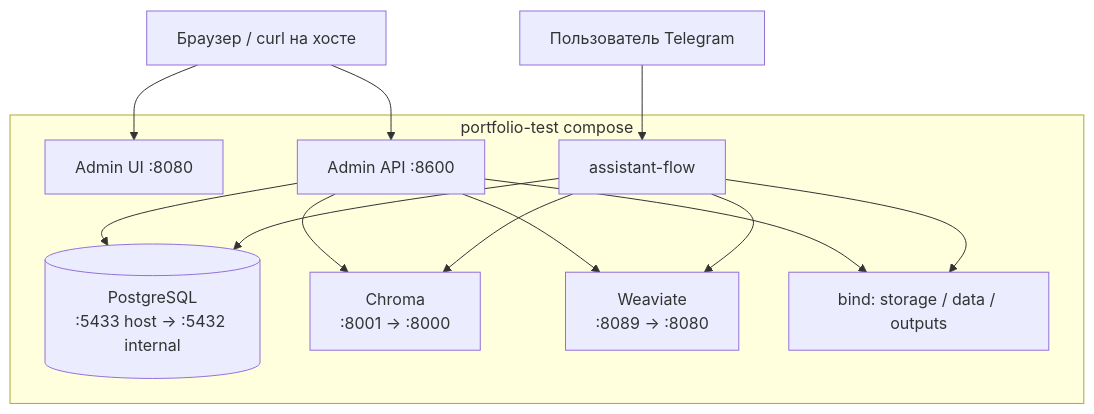
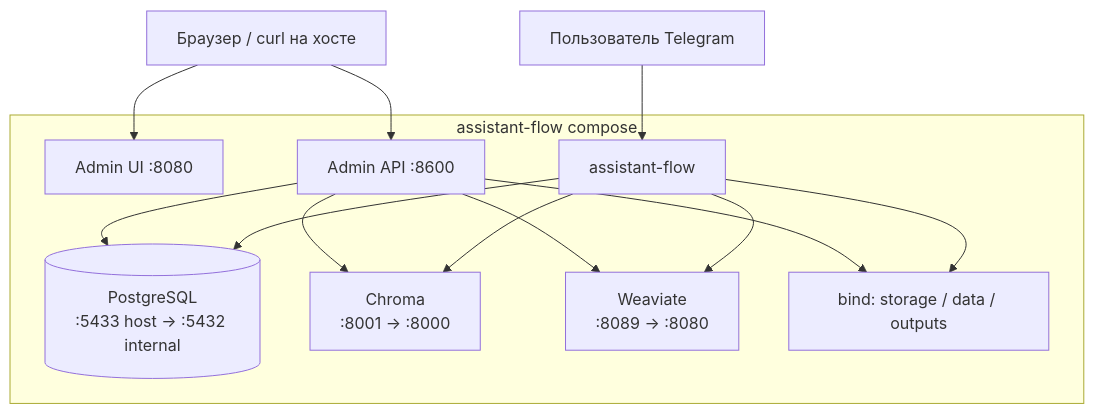
Before and after one commit to AlexLvGulyaev/Assistant-Flow: the diagram in docs/OPERATIONS.md, drawn with Mermaid. The commit also changed other lines of this file and 39 other files, not shown here.

````diff
--- a/docs/OPERATIONS.md
+++ b/docs/OPERATIONS.md
@@ -26,25 +26,25 @@
 ```mermaid
 flowchart TD
     DEV[Браузер / curl на хосте] --> UI[Admin UI :8080]
     DEV --> API[Admin API :8600]
     TG[Пользователь Telegram] --> BOT[assistant-flow]
 
-    subgraph COMPOSE["portfolio-test compose"]
+    subgraph COMPOSE["assistant-flow compose"]
         UI
         API
         BOT
         PG[(PostgreSQL<br/>:5433 host → :5432 internal)]
         CH[Chroma<br/>:8001 → :8000]
         WV[Weaviate<br/>:8089 → :8080]
         ST[bind: storage / data / outputs]
     end
 
     API --> PG
     API --> CH
     API --> WV
     BOT --> PG
     BOT --> CH
     BOT --> WV
     API --> ST
     BOT --> ST
 ```
````
